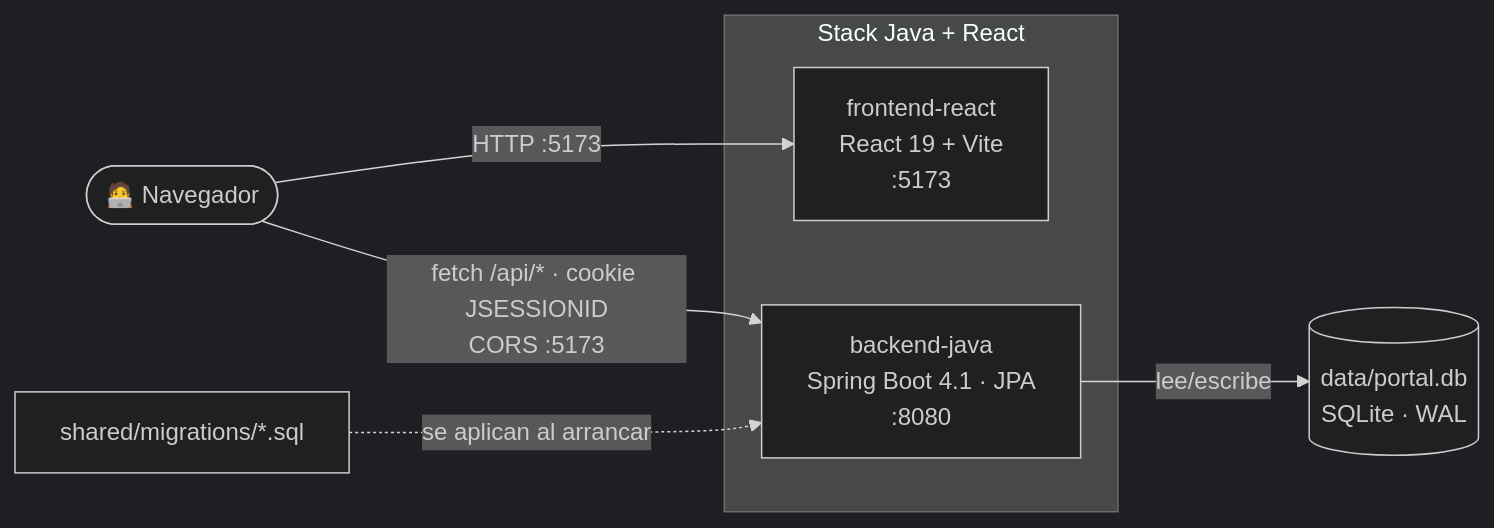
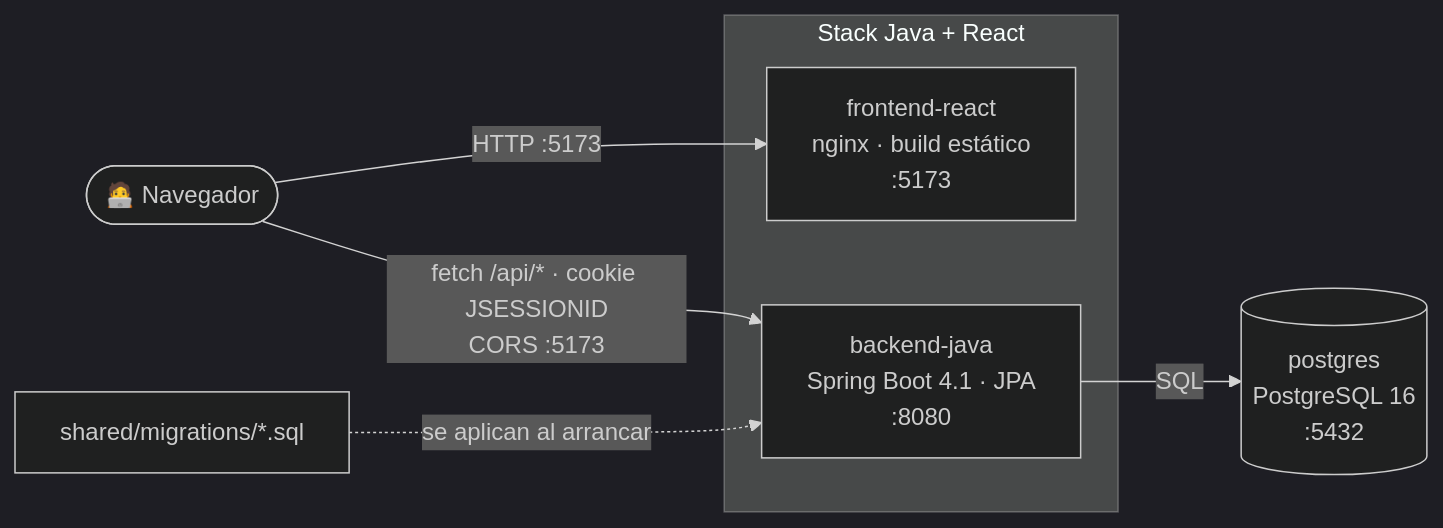
Before and after one commit to dierodfer/demo-jam2: the first of 3 diagrams in README.md, drawn with Mermaid (dark theme). The commit also changed other lines of this file and 22 other files, not shown here.

````diff
--- a/README.md
+++ b/README.md
@@ -43,17 +51,17 @@
 ```mermaid
 flowchart LR
     navegador(["🧑‍💻 Navegador"])
 
     subgraph stack_java["Stack Java + React"]
-        react["frontend-react<br/>React 19 + Vite<br/>:5173"]
+        react["frontend-react<br/>nginx · build estático<br/>:5173"]
         java["backend-java<br/>Spring Boot 4.1 · JPA<br/>:8080"]
     end
 
-    db[("data/portal.db<br/>SQLite · WAL")]
+    db[("postgres<br/>PostgreSQL 16<br/>:5432")]
     migraciones["shared/migrations/*.sql"]
 
     navegador -->|"HTTP :5173"| react
     navegador -->|"fetch /api/* · cookie JSESSIONID<br/>CORS :5173"| java
-    java -->|"lee/escribe"| db
+    java -->|"SQL"| db
     migraciones -.->|"se aplican al arrancar"| java
 ```
````
